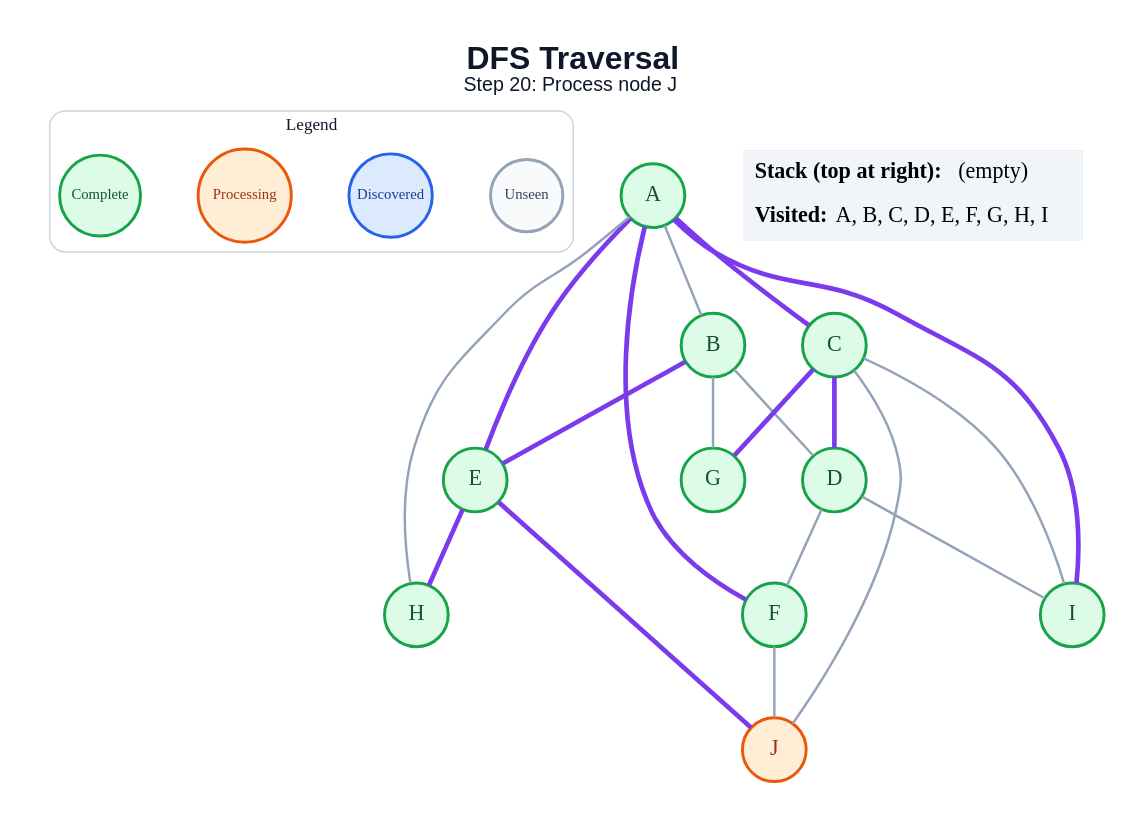
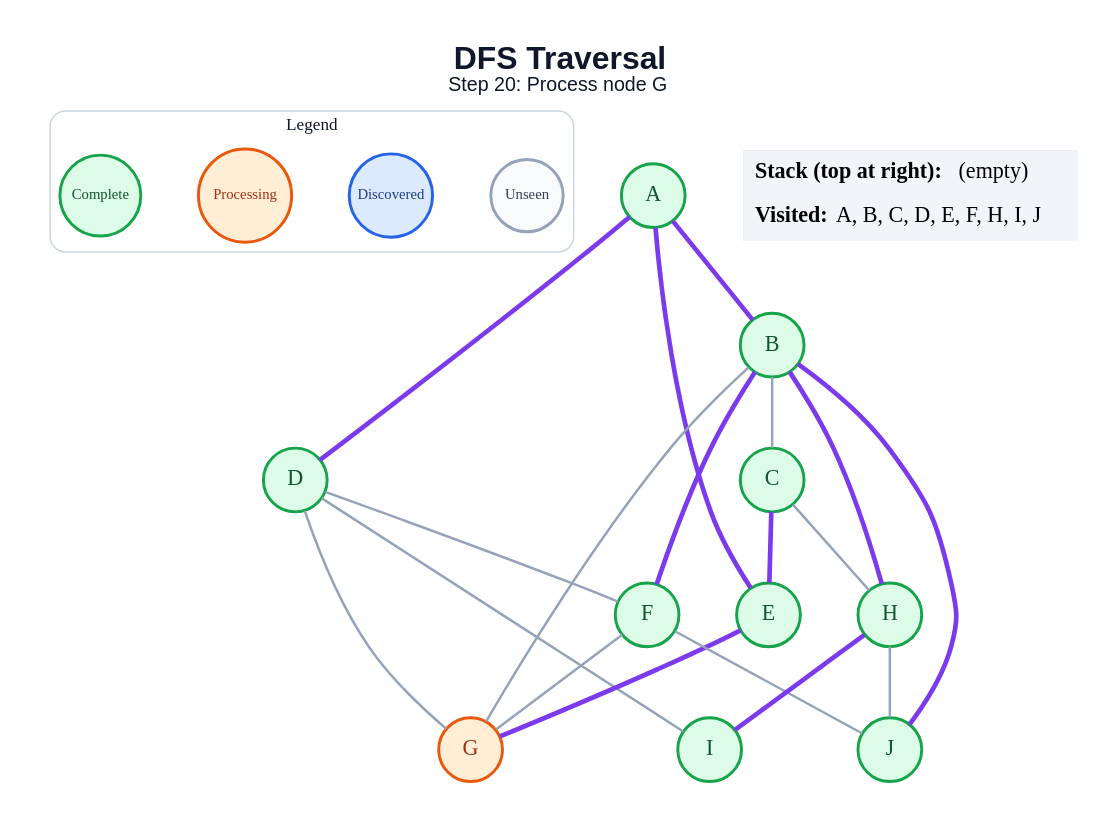
The diagram in generated/specific-node/dfs/step_20.dot (amanghodawala9/ai-slop), drawn with Graphviz before and after one commit. The commit also changed 178 other files, not shown here.

```diff
--- a/generated/specific-node/dfs/step_20.dot
+++ b/generated/specific-node/dfs/step_20.dot
@@ -1,47 +1,47 @@
 graph traversal {
   graph [layout=dot, rankdir=TB, bgcolor="#FFFFFF", pad="0.35", nodesep="0.65", ranksep="0.8", fontname="Arial"];
   node [shape=circle, style="filled", fontname="Arial Bold", fontsize=18, width=0.72, fixedsize=true, penwidth=2.4];
   edge [color="#94A3B8", penwidth=2.0];
-  label=<<B>DFS Traversal</B><BR/><FONT POINT-SIZE="16">Step 20: Process node J</FONT>>; labelloc="t"; fontsize=26; fontname="Arial"; fontcolor="#0F172A";
+  label=<<B>DFS Traversal</B><BR/><FONT POINT-SIZE="16">Step 20: Process node G</FONT>>; labelloc="t"; fontsize=26; fontname="Arial"; fontcolor="#0F172A";
   subgraph cluster_legend { label="Legend"; color="#CBD5E1"; penwidth=1.2; style="rounded"; fontsize=14; fontname="Arial Bold";
     key_unseen [label="Unseen", fillcolor="#F8FAFC", color="#94A3B8", fontcolor="#334155", fontsize=12, width=0.82];
     key_frontier [label="Discovered", fillcolor="#DBEAFE", color="#2563EB", fontcolor="#1E3A8A", fontsize=12, width=0.95];
     key_current [label="Processing", fillcolor="#FFEDD5", color="#EA580C", fontcolor="#9A3412", fontsize=12, width=1.05];
     key_done [label="Complete", fillcolor="#DCFCE7", color="#16A34A", fontcolor="#14532D", fontsize=12, width=0.92];
     { rank=same; key_unseen; key_frontier; key_current; key_done; }
   }
   A [fillcolor="#DCFCE7", color="#16A34A", fontcolor="#14532D"];
   B [fillcolor="#DCFCE7", color="#16A34A", fontcolor="#14532D"];
   C [fillcolor="#DCFCE7", color="#16A34A", fontcolor="#14532D"];
   D [fillcolor="#DCFCE7", color="#16A34A", fontcolor="#14532D"];
   E [fillcolor="#DCFCE7", color="#16A34A", fontcolor="#14532D"];
   F [fillcolor="#DCFCE7", color="#16A34A", fontcolor="#14532D"];
-  G [fillcolor="#DCFCE7", color="#16A34A", fontcolor="#14532D"];
+  G [fillcolor="#FFEDD5", color="#EA580C", fontcolor="#9A3412"];
   H [fillcolor="#DCFCE7", color="#16A34A", fontcolor="#14532D"];
   I [fillcolor="#DCFCE7", color="#16A34A", fontcolor="#14532D"];
-  J [fillcolor="#FFEDD5", color="#EA580C", fontcolor="#9A3412"];
-  A -- B;
-  A -- C [color="#7C3AED", penwidth=3.8];
+  J [fillcolor="#DCFCE7", color="#16A34A", fontcolor="#14532D"];
+  A -- B [color="#7C3AED", penwidth=3.8];
+  A -- D [color="#7C3AED", penwidth=3.8];
   A -- E [color="#7C3AED", penwidth=3.8];
-  A -- F [color="#7C3AED", penwidth=3.8];
-  A -- H;
-  A -- I [color="#7C3AED", penwidth=3.8];
-  B -- D;
-  B -- E [color="#7C3AED", penwidth=3.8];
+  B -- C;
+  B -- F [color="#7C3AED", penwidth=3.8];
   B -- G;
-  C -- D [color="#7C3AED", penwidth=3.8];
-  C -- G [color="#7C3AED", penwidth=3.8];
-  C -- I;
-  C -- J;
+  B -- H [color="#7C3AED", penwidth=3.8];
+  B -- J [color="#7C3AED", penwidth=3.8];
+  C -- E [color="#7C3AED", penwidth=3.8];
+  C -- H;
   D -- F;
+  D -- G;
   D -- I;
-  E -- H [color="#7C3AED", penwidth=3.8];
-  E -- J [color="#7C3AED", penwidth=3.8];
+  E -- G [color="#7C3AED", penwidth=3.8];
+  F -- G;
   F -- J;
+  H -- I [color="#7C3AED", penwidth=3.8];
+  H -- J;
   status [shape=plain, fixedsize=false, width=0, height=0, margin=0, label=<
     <TABLE BORDER="0" CELLBORDER="0" CELLPADDING="7" BGCOLOR="#F1F5F9">
       <TR><TD ALIGN="LEFT"><B>Stack (top at right):</B> (empty)</TD></TR>
-      <TR><TD ALIGN="LEFT"><B>Visited:</B> A, B, C, D, E, F, G, H, I</TD></TR>
+      <TR><TD ALIGN="LEFT"><B>Visited:</B> A, B, C, D, E, F, H, I, J</TD></TR>
     </TABLE>
   >];
 }
```
